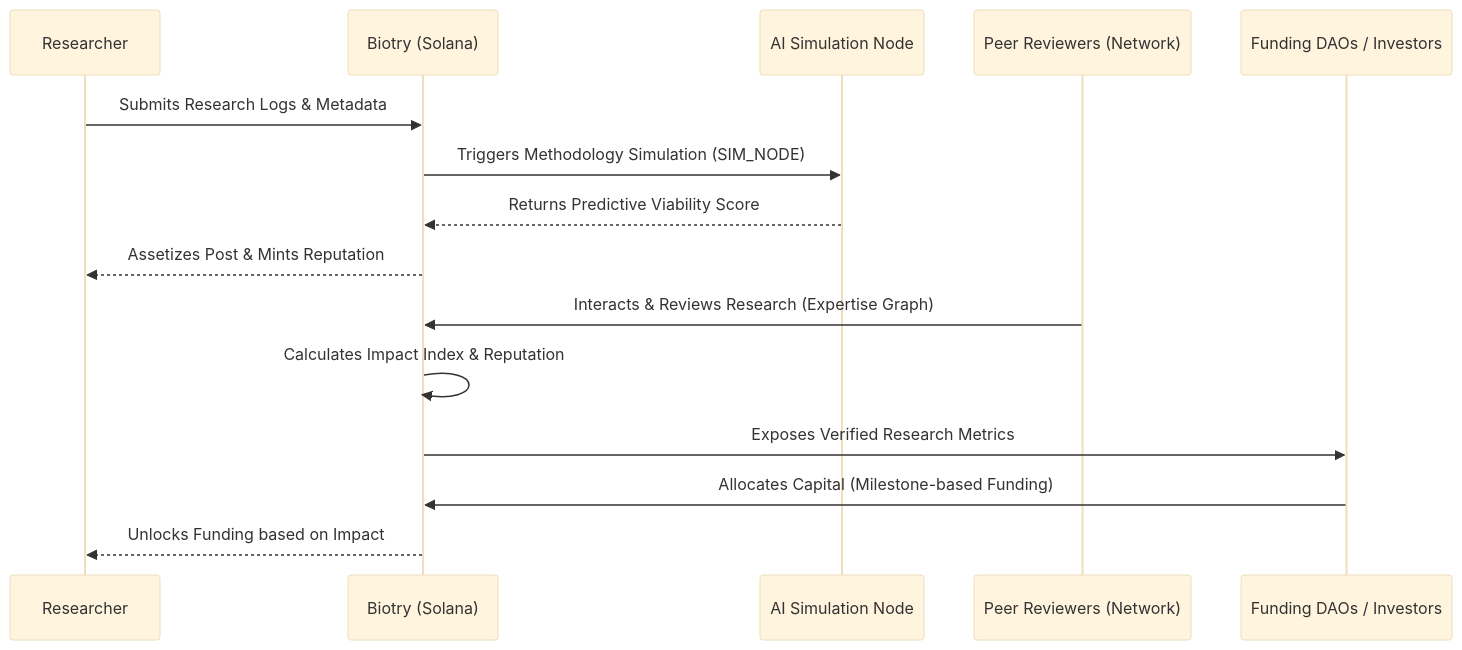
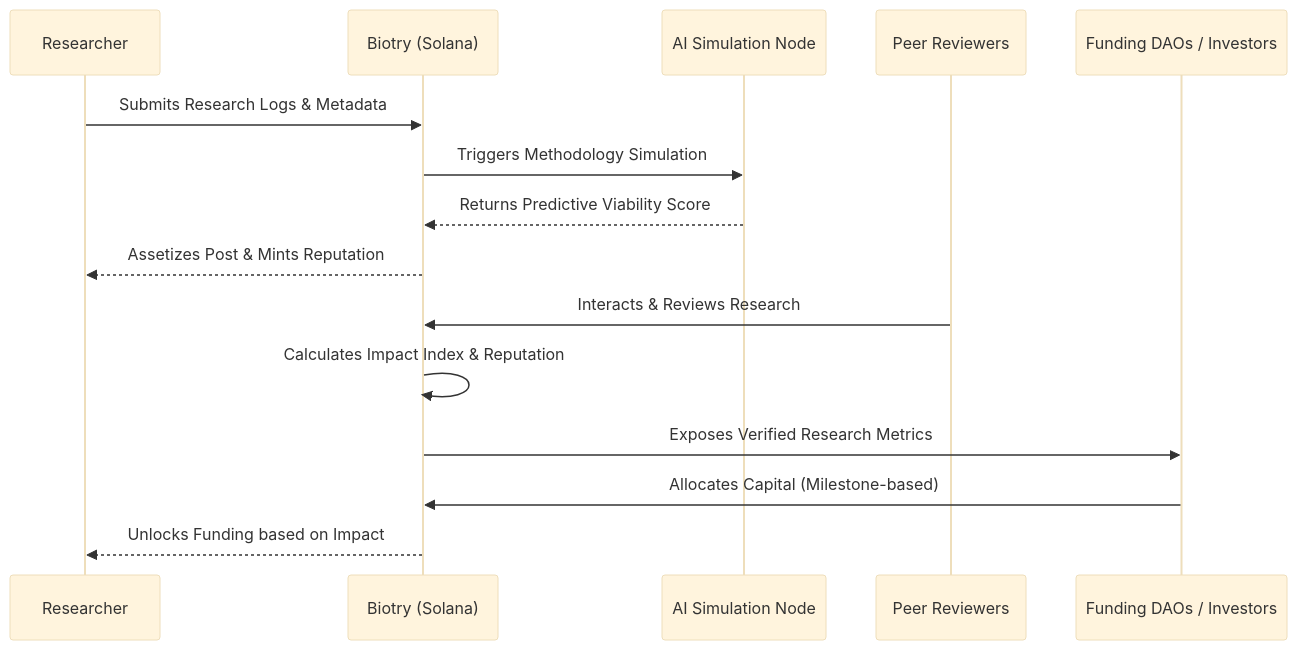
The diagram in README.md (Joseph-hackathon/Biotry), drawn with Mermaid (base theme) before and after one commit. The commit also changed other lines of this file, not shown here.

````diff
--- a/README.md
+++ b/README.md
@@ -58,18 +73,18 @@
 ```mermaid
 sequenceDiagram
     participant R as Researcher
     participant B as Biotry (Solana)
     participant S as AI Simulation Node
-    participant P as Peer Reviewers (Network)
+    participant P as Peer Reviewers
     participant D as Funding DAOs / Investors
     
     R->>B: Submits Research Logs & Metadata
-    B->>S: Triggers Methodology Simulation (SIM_NODE)
+    B->>S: Triggers Methodology Simulation
     S-->>B: Returns Predictive Viability Score
     B-->>R: Assetizes Post & Mints Reputation
-    P->>B: Interacts & Reviews Research (Expertise Graph)
+    P->>B: Interacts & Reviews Research
     B->>B: Calculates Impact Index & Reputation
     B->>D: Exposes Verified Research Metrics
-    D->>B: Allocates Capital (Milestone-based Funding)
+    D->>B: Allocates Capital (Milestone-based)
     B-->>R: Unlocks Funding based on Impact
 ```
````
